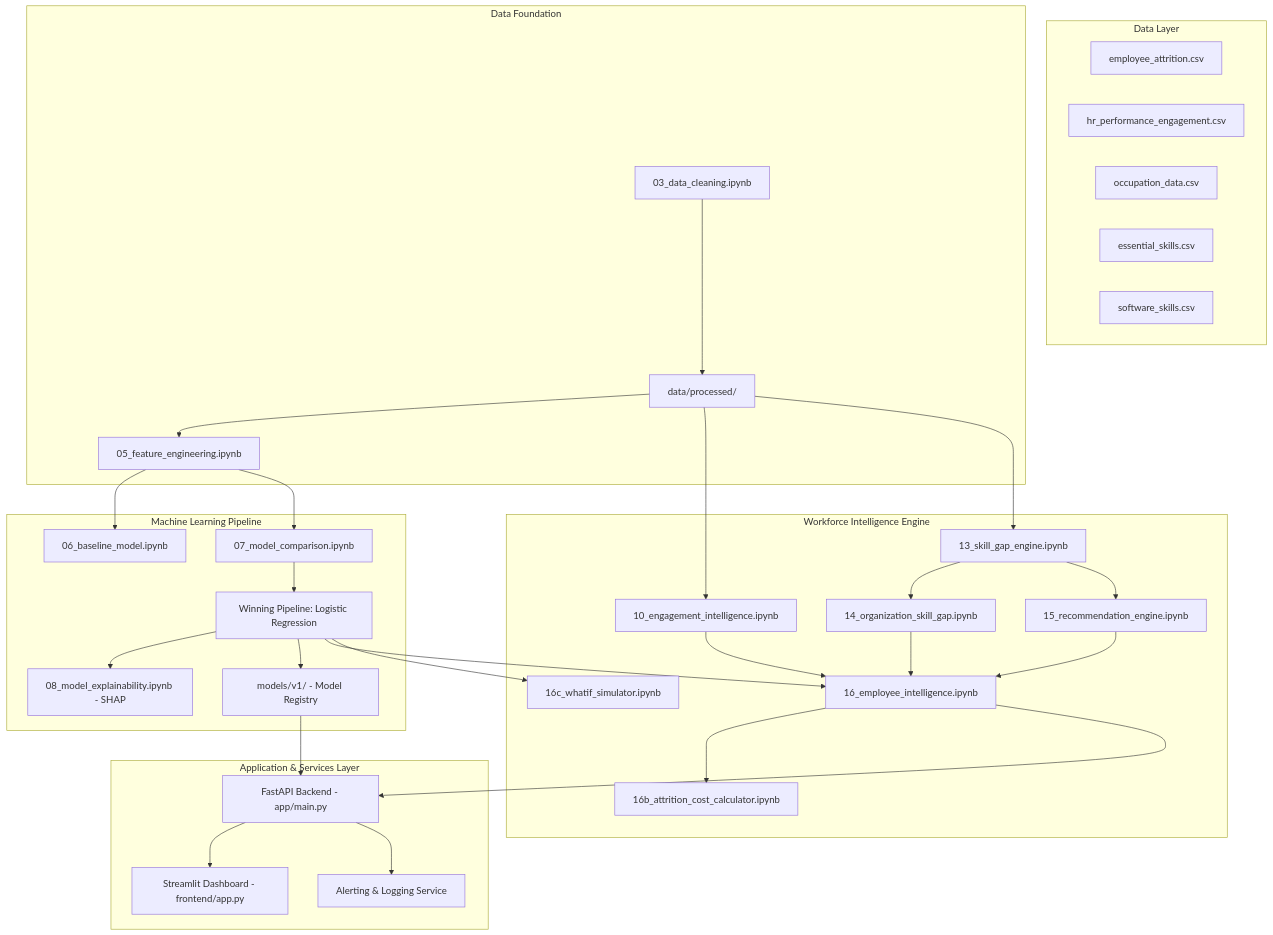
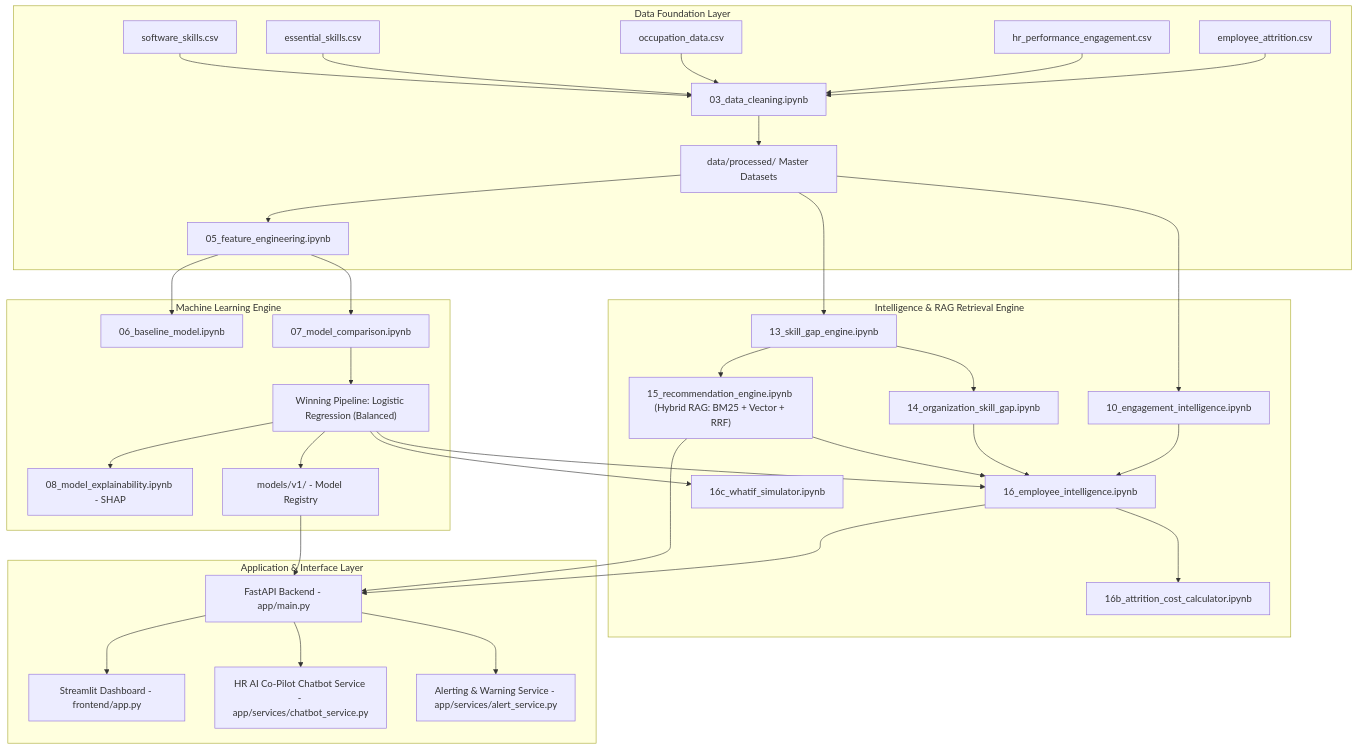
The diagram in README.md (gargkomalll/enterprise_hr_ai), drawn with Mermaid before and after one commit. The commit also changed other lines of this file, not shown here.

Commit message:
docs: updated final production README.md with system architecture, ML benchmarks, Hybrid RAG metrics, and API endpoints

````diff
--- a/README.md
+++ b/README.md
@@ -9,43 +9,42 @@
 ```mermaid
 flowchart TD
-    subgraph Data Layer
-        A1[employee_attrition.csv]
-        A2[hr_performance_engagement.csv]
-        A3[occupation_data.csv]
-        A4[essential_skills.csv]
-        A5[software_skills.csv]
-    end
-
-    subgraph Data Foundation
-        B[03_data_cleaning.ipynb] --> C[data/processed/]
+    subgraph Data Foundation Layer
+        A1[employee_attrition.csv] --> B[03_data_cleaning.ipynb]
+        A2[hr_performance_engagement.csv] --> B
+        A3[occupation_data.csv] --> B
+        A4[essential_skills.csv] --> B
+        A5[software_skills.csv] --> B
+        B --> C[data/processed/ Master Datasets]
         C --> D[05_feature_engineering.ipynb]
     end
 
-    subgraph Machine Learning Pipeline
+    subgraph Machine Learning Engine
         D --> E[06_baseline_model.ipynb]
         D --> F[07_model_comparison.ipynb]
-        F --> G[Winning Pipeline: Logistic Regression]
+        F --> G["Winning Pipeline: Logistic Regression (Balanced)"]
         G --> H[08_model_explainability.ipynb - SHAP]
         G --> I[models/v1/ - Model Registry]
     end
 
-    subgraph Workforce Intelligence Engine
+    subgraph Intelligence & RAG Retrieval Engine
         C --> J[10_engagement_intelligence.ipynb]
         C --> K[13_skill_gap_engine.ipynb]
         K --> L[14_organization_skill_gap.ipynb]
-        K --> M[15_recommendation_engine.ipynb]
+        K --> M["15_recommendation_engine.ipynb (Hybrid RAG: BM25 + Vector + RRF)"]
         G & J & L & M --> N[16_employee_intelligence.ipynb]
         N --> O[16b_attrition_cost_calculator.ipynb]
         G --> P[16c_whatif_simulator.ipynb]
     end
 
-    subgraph Application & Services Layer
+    subgraph Application & Interface Layer
         Q[FastAPI Backend - app/main.py]
         R[Streamlit Dashboard - frontend/app.py]
-        S[Alerting & Logging Service]
+        S[HR AI Co-Pilot Chatbot Service - app/services/chatbot_service.py]
+        T[Alerting & Warning Service - app/services/alert_service.py]
     end
 
-    I & N --> Q
+    I & N & M --> Q
     Q --> R
     Q --> S
+    Q --> T
 ```
````
